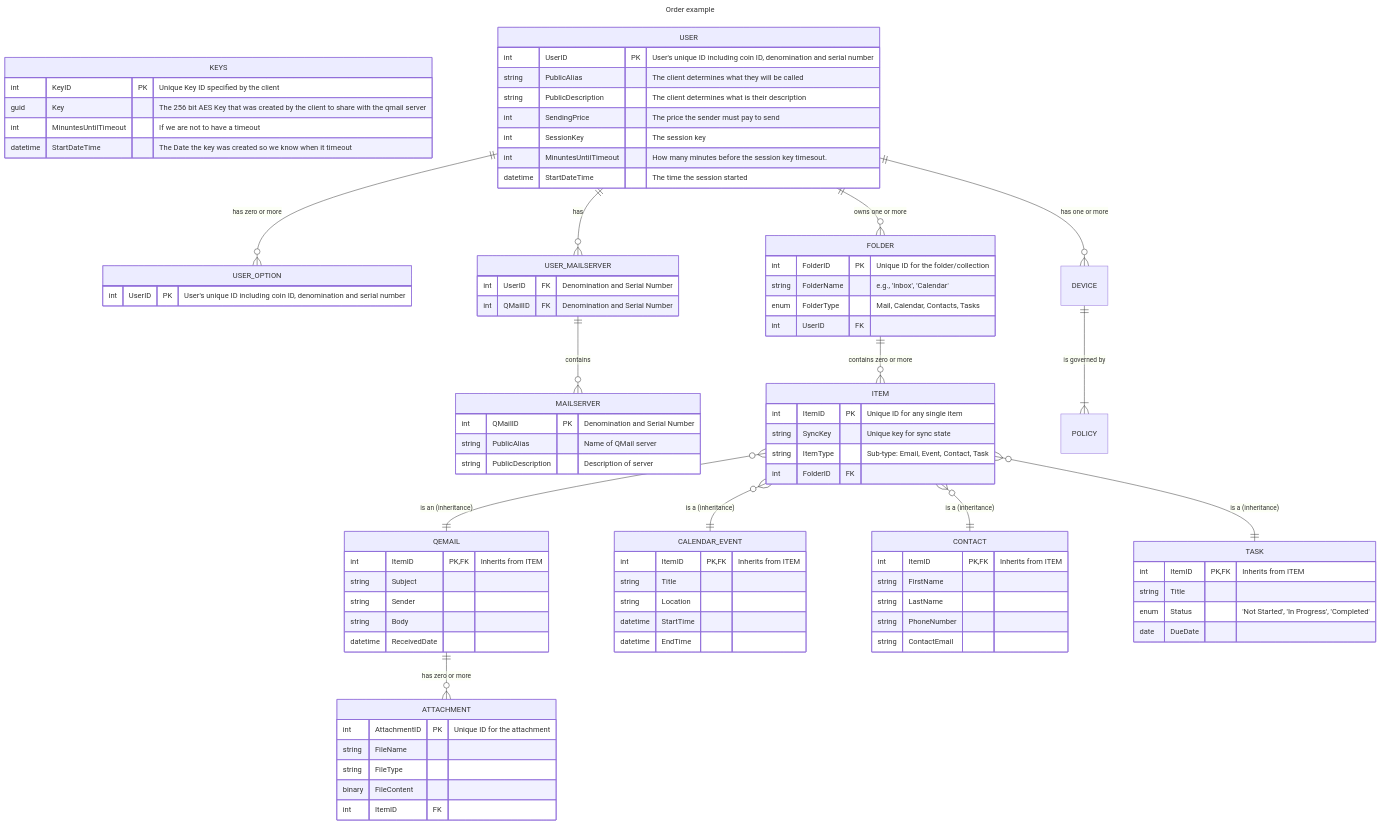
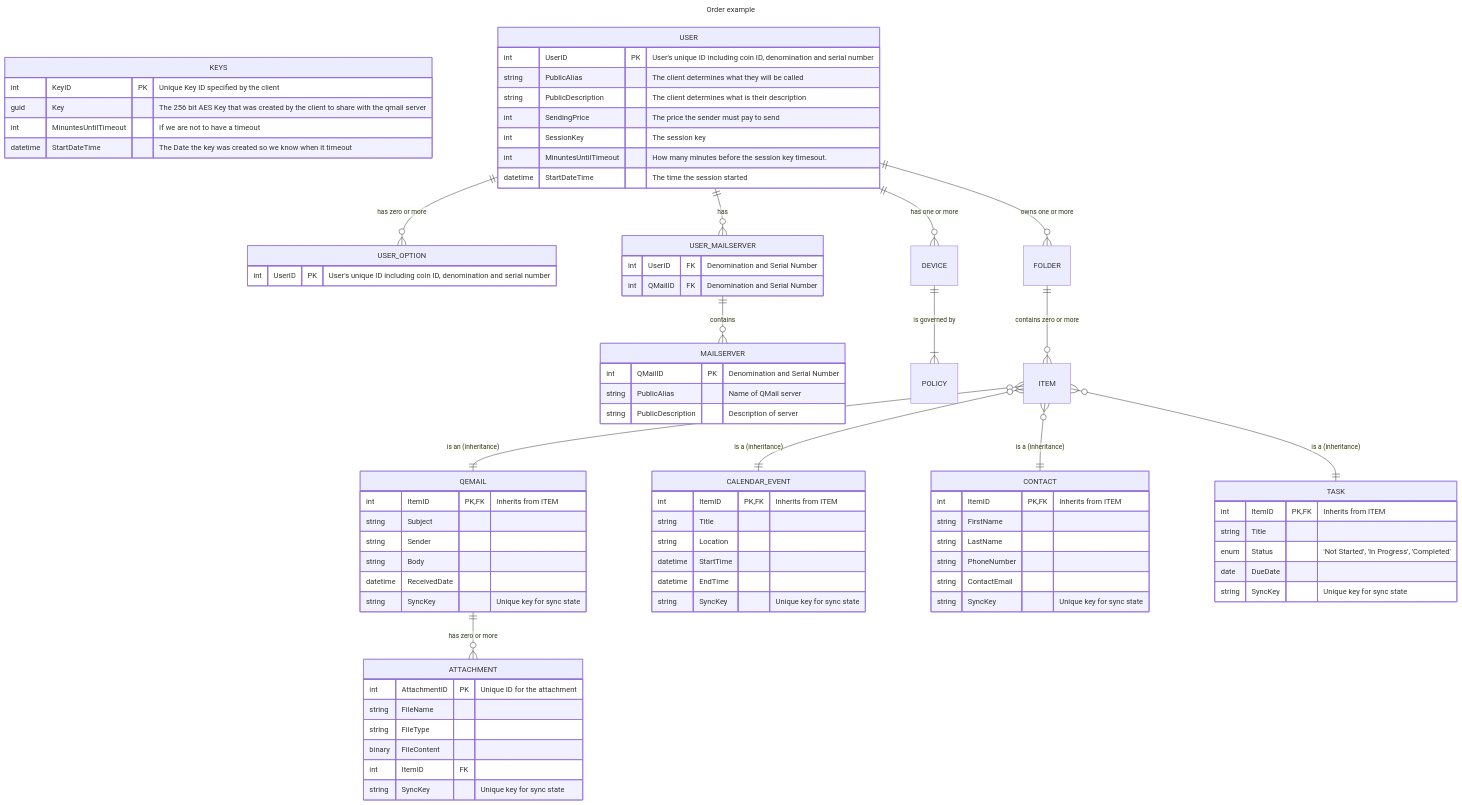
One commit to worthingtonse/client-prompts changed the diagram in Ideas In Progress/QMAIL/erd.md. Above: the diagram before and after it, drawn with Mermaid.

```diff
--- a/Ideas In Progress/QMAIL/erd.md
+++ b/Ideas In Progress/QMAIL/erd.md
@@ -39,19 +39,6 @@
         string PublicDescription "Description of server"
     }
 
-    FOLDER {
-        int FolderID PK "Unique ID for the folder/collection"
-        string FolderName "e.g., 'Inbox', 'Calendar'"
-        enum FolderType "Mail, Calendar, Contacts, Tasks"
-        int UserID FK
-    }
-
-    ITEM {
-        int ItemID PK "Unique ID for any single item"
-        string SyncKey "Unique key for sync state"
-        string ItemType "Sub-type: Email, Event, Contact, Task"
-        int FolderID FK
-    }
 
     QEMAIL {
         int ItemID PK, FK "Inherits from ITEM"
@@ -59,6 +46,7 @@
         string Sender
         string Body
         datetime ReceivedDate
+        string SyncKey "Unique key for sync state"
     }
 
     CALENDAR_EVENT {
@@ -67,6 +55,7 @@
         string Location
         datetime StartTime
         datetime EndTime
+        string SyncKey "Unique key for sync state"
     }
 
     CONTACT {
@@ -75,6 +64,7 @@
         string LastName
         string PhoneNumber
         string ContactEmail
+        string SyncKey "Unique key for sync state"
     }
 
     TASK {
@@ -82,6 +72,7 @@
         string Title
         enum Status "'Not Started', 'In Progress', 'Completed'"
         date DueDate
+        string SyncKey "Unique key for sync state"
     }
 
     ATTACHMENT {
@@ -90,6 +81,7 @@
         string FileType
         binary FileContent
         int ItemID FK
+        string SyncKey "Unique key for sync state"
     }
 
     USER ||--o{ DEVICE : "has one or more"
```
